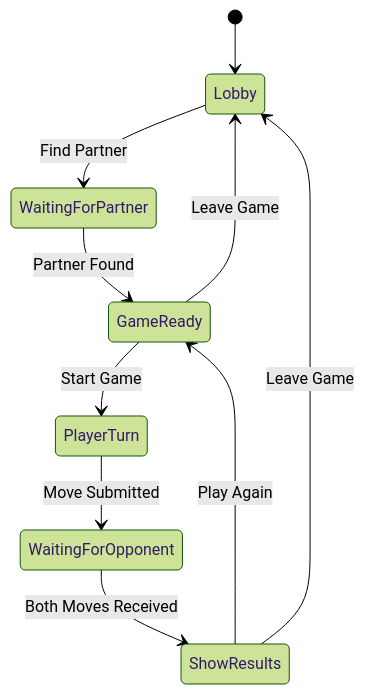
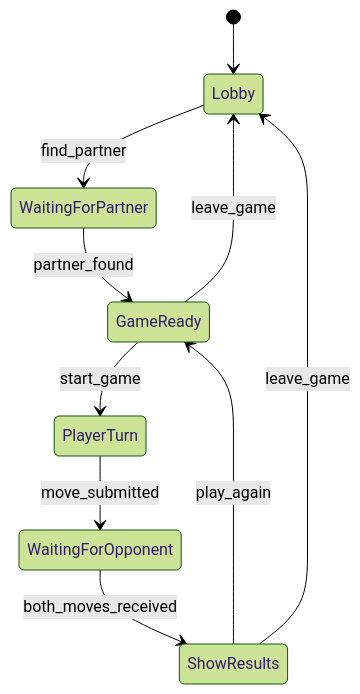
Before and after one commit to 4hel/scissors: the diagram in README.md, drawn with Mermaid (forest theme).

Commit message:
underscore

````diff
--- a/README.md
+++ b/README.md
@@ -6,12 +6,12 @@
 ```mermaid
 stateDiagram-v2
     [*] --> Lobby
-    Lobby --> WaitingForPartner : Find Partner
-    WaitingForPartner --> GameReady : Partner Found
-    GameReady --> PlayerTurn : Start Game
-    PlayerTurn --> WaitingForOpponent : Move Submitted
-    WaitingForOpponent --> ShowResults : Both Moves Received
-    ShowResults --> GameReady : Play Again
-    ShowResults --> Lobby : Leave Game
-    GameReady --> Lobby : Leave Game
+    Lobby --> WaitingForPartner : find_partner
+    WaitingForPartner --> GameReady : partner_found
+    GameReady --> PlayerTurn : start_game
+    PlayerTurn --> WaitingForOpponent : move_submitted
+    WaitingForOpponent --> ShowResults : both_moves_received
+    ShowResults --> GameReady : play_again
+    ShowResults --> Lobby : leave_game
+    GameReady --> Lobby : leave_game
 ```
````
